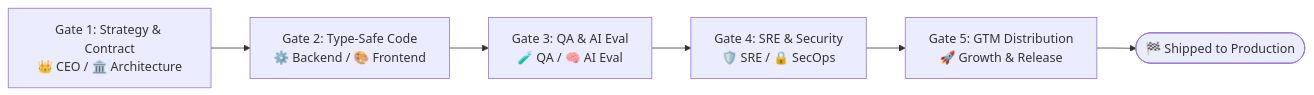
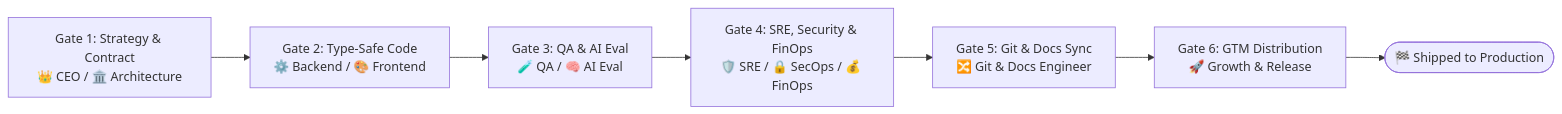
Before and after one commit to katta-karthik/ai-store-associate: the diagram in AGENTS.md, drawn with Mermaid. The commit also changed other lines of this file and 5 other files, not shown here.

Commit message:
feat(org): add Git & Docs Engineer and FinOps Token Economist departments

````diff
--- a/AGENTS.md
+++ b/AGENTS.md
@@ -117,8 +134,9 @@
 ```mermaid
 graph LR
     G1[Gate 1: Strategy & Contract<br/>👑 CEO / 🏛️ Architecture] --> G2[Gate 2: Type-Safe Code<br/>⚙️ Backend / 🎨 Frontend]
     G2 --> G3[Gate 3: QA & AI Eval<br/>🧪 QA / 🧠 AI Eval]
-    G3 --> G4[Gate 4: SRE & Security<br/>🛡️ SRE / 🔒 SecOps]
-    G4 --> G5[Gate 5: GTM Distribution<br/>🚀 Growth & Release]
-    G5 --> Done([🏁 Shipped to Production])
+    G3 --> G4[Gate 4: SRE, Security & FinOps<br/>🛡️ SRE / 🔒 SecOps / 💰 FinOps]
+    G4 --> G5[Gate 5: Git & Docs Sync<br/>🔀 Git & Docs Engineer]
+    G5 --> G6[Gate 6: GTM Distribution<br/>🚀 Growth & Release]
+    G6 --> Done([🏁 Shipped to Production])
 ```
````
